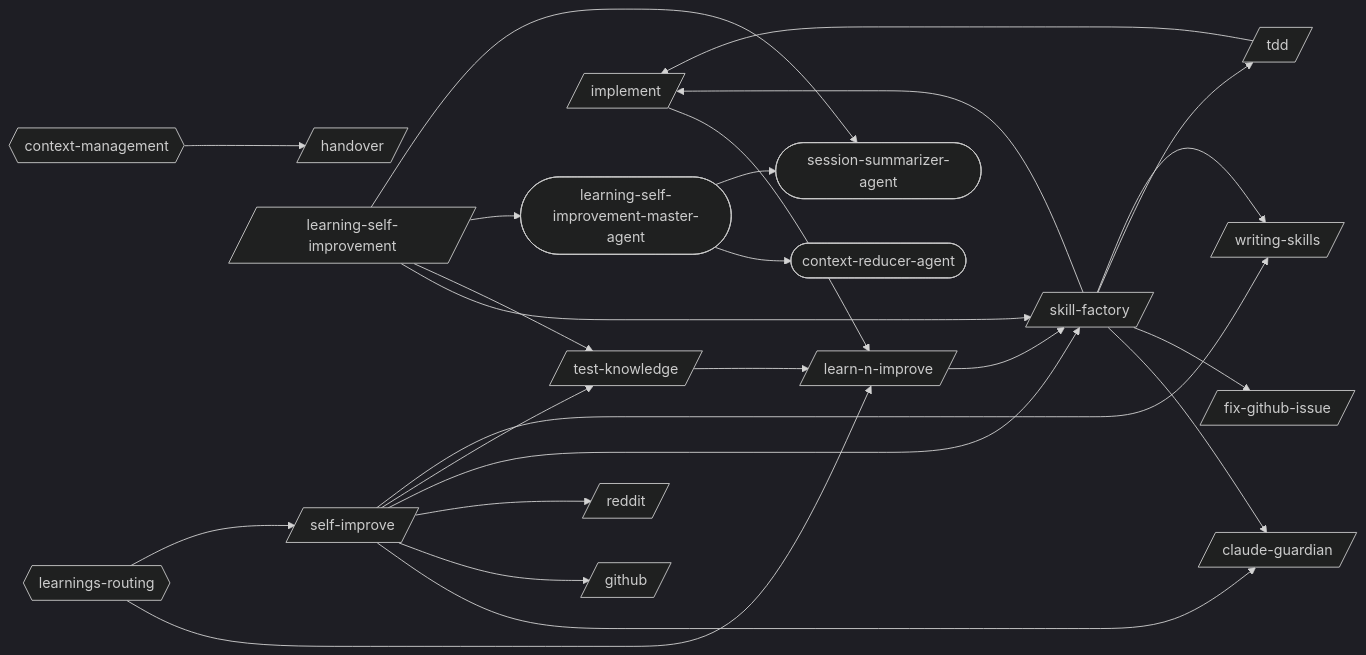
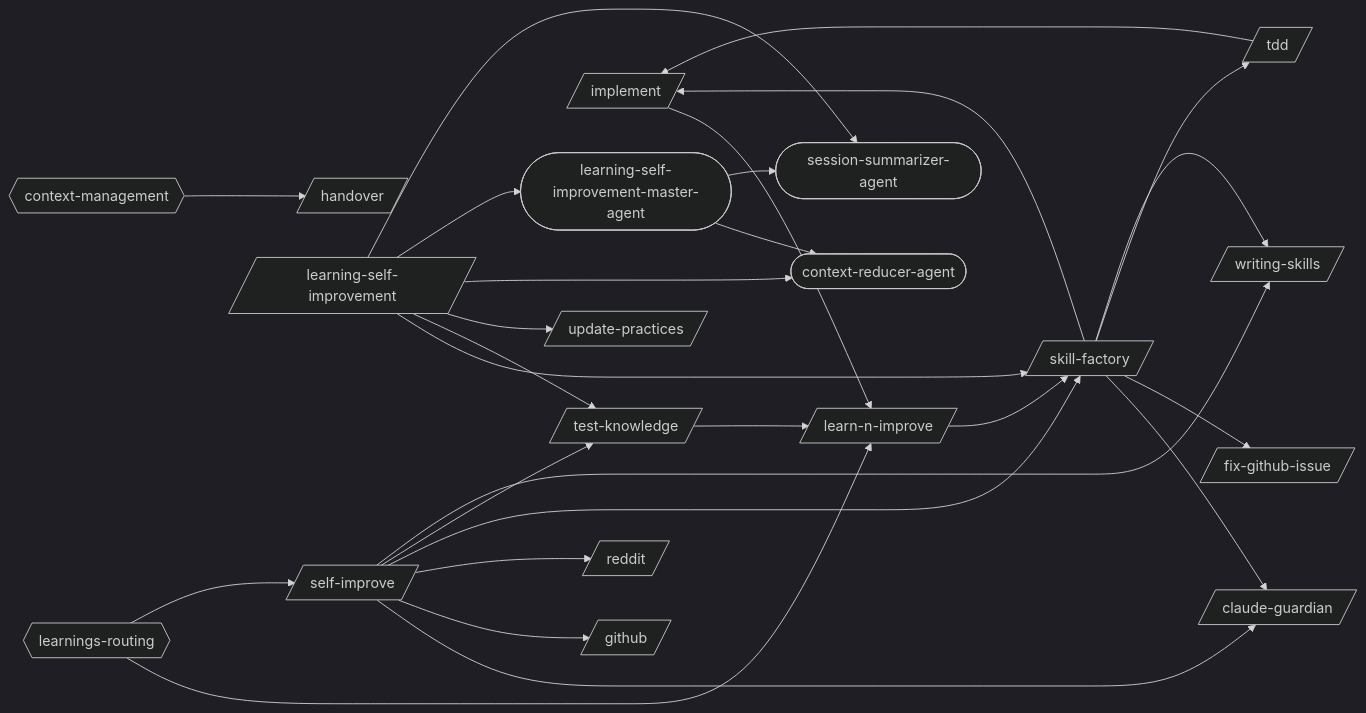
Before and after one commit to abhayla/claude-best-practices: the first of 20 diagrams in docs/workflows/learning-self-improvement.md, drawn with Mermaid (dark theme). The commit also changed other lines of this file and 12 other files, not shown here.

````diff
--- a/docs/workflows/learning-self-improvement.md
+++ b/docs/workflows/learning-self-improvement.md
@@ -9,45 +9,48 @@
 ```mermaid
 graph LR
     claude_guardian[/claude-guardian/]
     fix_github_issue[/fix-github-issue/]
     github[/github/]
     handover[/handover/]
     implement[/implement/]
     learn_n_improve[/learn-n-improve/]
     learning_self_improvement[/learning-self-improvement/]
     reddit[/reddit/]
     self_improve[/self-improve/]
     skill_factory[/skill-factory/]
     tdd[/tdd/]
     test_knowledge[/test-knowledge/]
+    update_practices[/update-practices/]
     writing_skills[/writing-skills/]
     context_reducer_agent([context-reducer-agent])
     learning_self_improvement_master_agent([learning-self-improvement-master-agent])
     session_summarizer_agent([session-summarizer-agent])
     context_management{{context-management}}
     learnings_routing{{learnings-routing}}
     implement --> learn_n_improve
     learn_n_improve --> skill_factory
     learning_self_improvement --> skill_factory
     learning_self_improvement --> test_knowledge
+    learning_self_improvement --> update_practices
+    learning_self_improvement --> context_reducer_agent
     learning_self_improvement --> learning_self_improvement_master_agent
     learning_self_improvement --> session_summarizer_agent
     skill_factory --> claude_guardian
     skill_factory --> fix_github_issue
     skill_factory --> implement
     skill_factory --> tdd
     skill_factory --> writing_skills
     tdd --> implement
     test_knowledge --> learn_n_improve
     self_improve --> claude_guardian
     self_improve --> github
     self_improve --> reddit
     self_improve --> skill_factory
     self_improve --> test_knowledge
     self_improve --> writing_skills
     learning_self_improvement_master_agent --> context_reducer_agent
     learning_self_improvement_master_agent --> session_summarizer_agent
     context_management --> handover
     learnings_routing --> learn_n_improve
     learnings_routing --> self_improve
 ```
````
